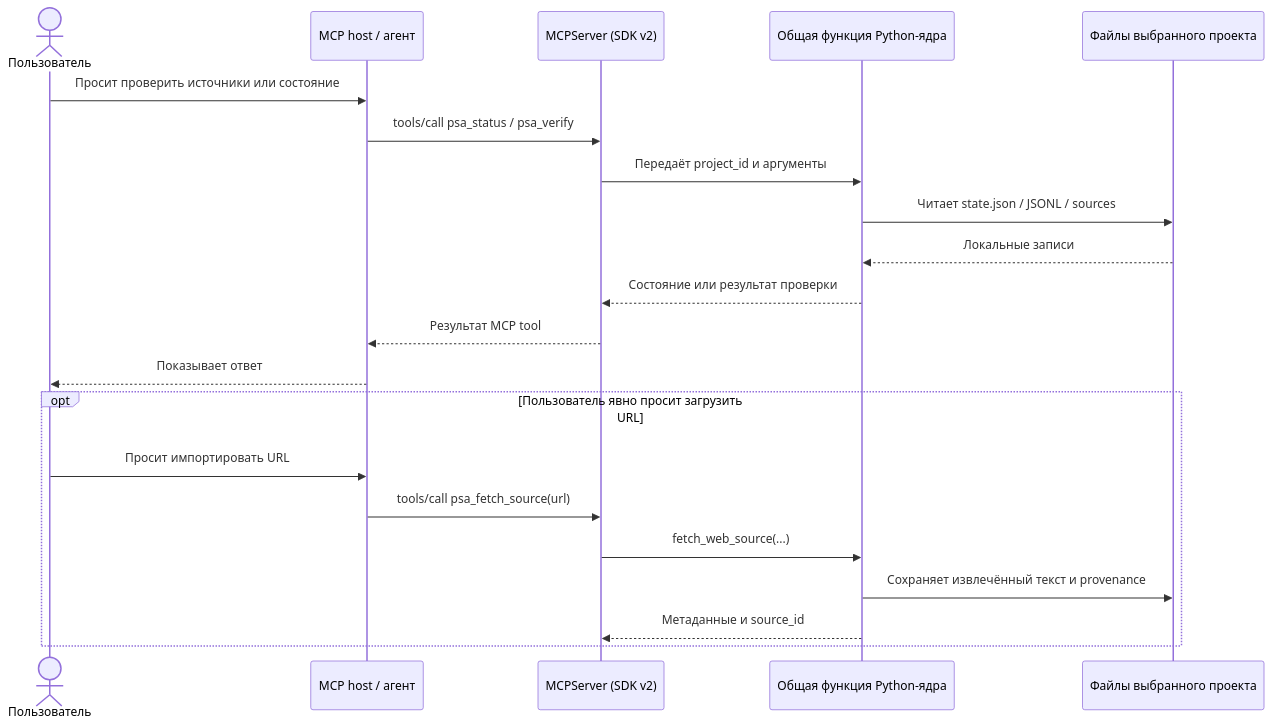
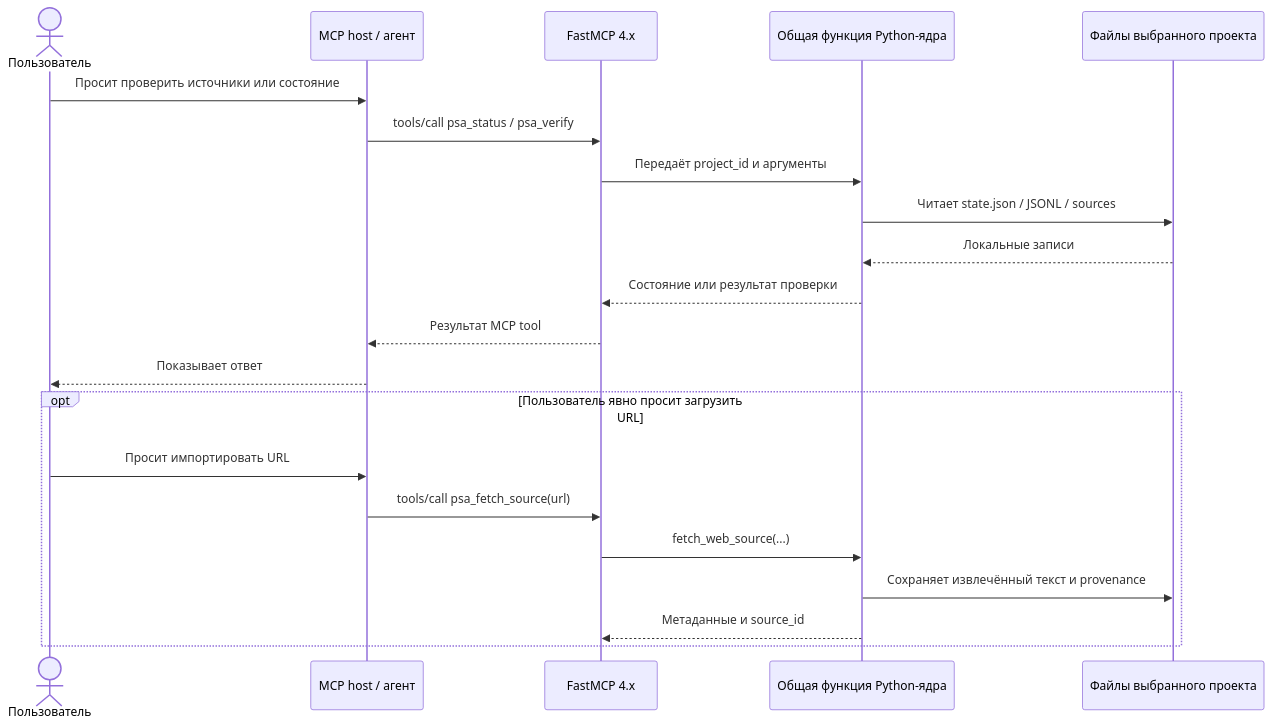
Before and after one commit to kostIT13/product-strategy-copilot-megafon: the diagram in diagrams/mvp/mcp-interaction.md, drawn with Mermaid. The commit also changed 4 other files, not shown here.

Commit message:
Document FastMCP stdio integration

````diff
--- a/diagrams/mvp/mcp-interaction.md
+++ b/diagrams/mvp/mcp-interaction.md
@@ -3,25 +3,25 @@
 ```mermaid
 sequenceDiagram
     actor User as Пользователь
     participant Host as MCP host / агент
-    participant Server as MCPServer (SDK v2)
+    participant Server as FastMCP 4.x
     participant Core as Общая функция Python-ядра
     participant Files as Файлы выбранного проекта
 
     User->>Host: Просит проверить источники или состояние
     Host->>Server: tools/call psa_status / psa_verify
     Server->>Core: Передаёт project_id и аргументы
     Core->>Files: Читает state.json / JSONL / sources
     Files-->>Core: Локальные записи
     Core-->>Server: Состояние или результат проверки
     Server-->>Host: Результат MCP tool
     Host-->>User: Показывает ответ
 
     opt Пользователь явно просит загрузить URL
         User->>Host: Просит импортировать URL
         Host->>Server: tools/call psa_fetch_source(url)
         Server->>Core: fetch_web_source(...)
         Core->>Files: Сохраняет извлечённый текст и provenance
         Core-->>Server: Метаданные и source_id
     end
 ```
````
